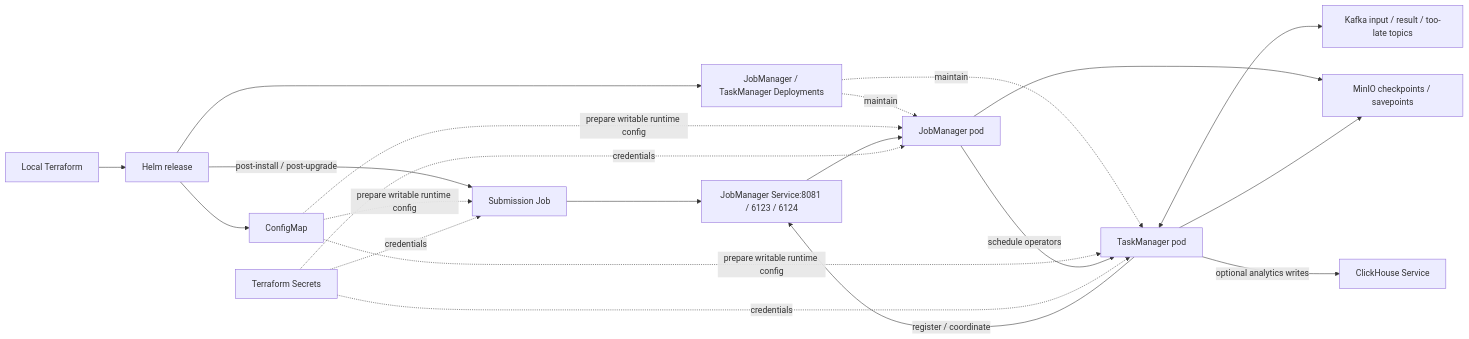
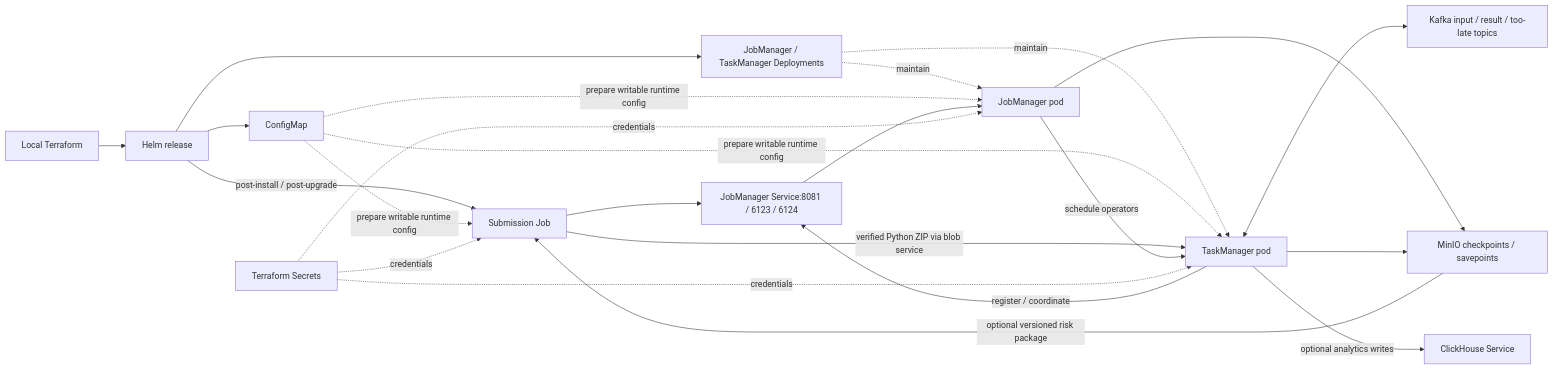
The second of 2 diagrams in modules/flink-jobs/chart/README.md (varunpathania86/realtime-payment-platform), drawn with Mermaid before and after one commit. The commit also changed other lines of this file and 61 other files, not shown here.

````diff
--- a/modules/flink-jobs/chart/README.md
+++ b/modules/flink-jobs/chart/README.md
@@ -33,23 +33,25 @@
 ```mermaid
 flowchart LR
     TF["Local Terraform"] --> H["Helm release"]
     H --> C["ConfigMap"]
     H --> D["JobManager / TaskManager Deployments"]
     D -. "maintain" .-> JM["JobManager pod"]
     D -. "maintain" .-> TM["TaskManager pod"]
     H -- "post-install / post-upgrade" --> J["Submission Job"]
     C -. "prepare writable runtime config" .-> J
     C -. "prepare writable runtime config" .-> JM
     C -. "prepare writable runtime config" .-> TM
     J --> S["JobManager Service:8081 / 6123 / 6124"]
+    M -- "optional versioned risk package" --> J
+    J -- "verified Python ZIP via blob service" --> TM
     S --> JM
     TM -- "register / coordinate" --> S
     JM -- "schedule operators" --> TM
     TM <--> K["Kafka input / result / too-late topics"]
     JM --> M["MinIO checkpoints / savepoints"]
     TM --> M
     TM -- "optional analytics writes" --> CH["ClickHouse Service"]
     X["Terraform Secrets"] -. "credentials" .-> J
     X -. "credentials" .-> TM
     X -. "credentials" .-> JM
 ```
````
